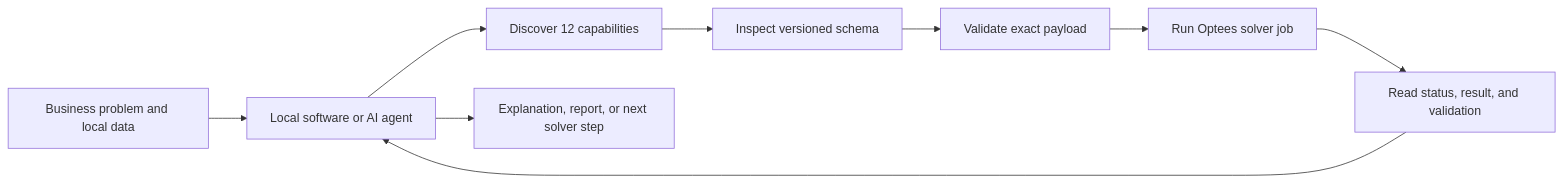
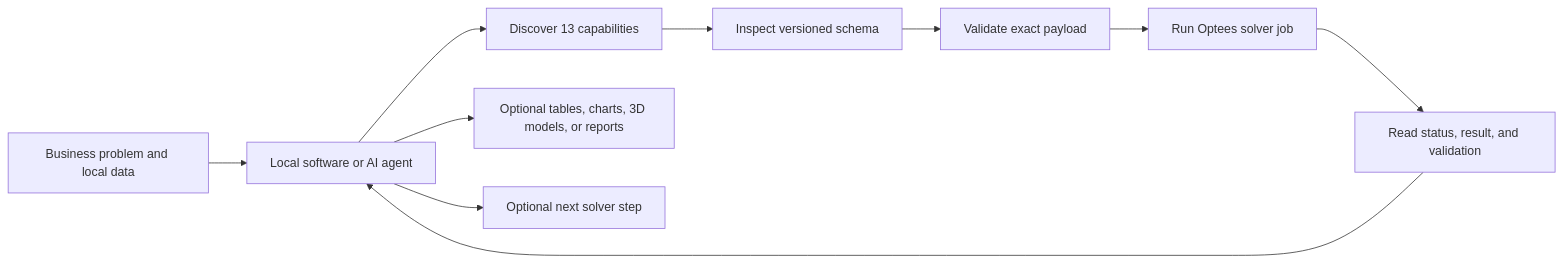
One commit to Pablo-gitub/optees changed the diagram in README.md. Above: the diagram before and after it, drawn with Mermaid. The commit also changed other lines of this file and 5 other files, not shown here.

````diff
--- a/README.md
+++ b/README.md
@@ -48,11 +48,12 @@
 ```mermaid
 flowchart LR
     User["Business problem and local data"] --> Agent["Local software or AI agent"]
-    Agent --> Discover["Discover 12 capabilities"]
+    Agent --> Discover["Discover 13 capabilities"]
     Discover --> Inspect["Inspect versioned schema"]
     Inspect --> Validate["Validate exact payload"]
     Validate --> Solve["Run Optees solver job"]
     Solve --> Verify["Read status, result, and validation"]
     Verify --> Agent
-    Agent --> Report["Explanation, report, or next solver step"]
+    Agent --> Artifacts["Optional tables, charts, 3D models, or reports"]
+    Agent --> Next["Optional next solver step"]
 ```
````
